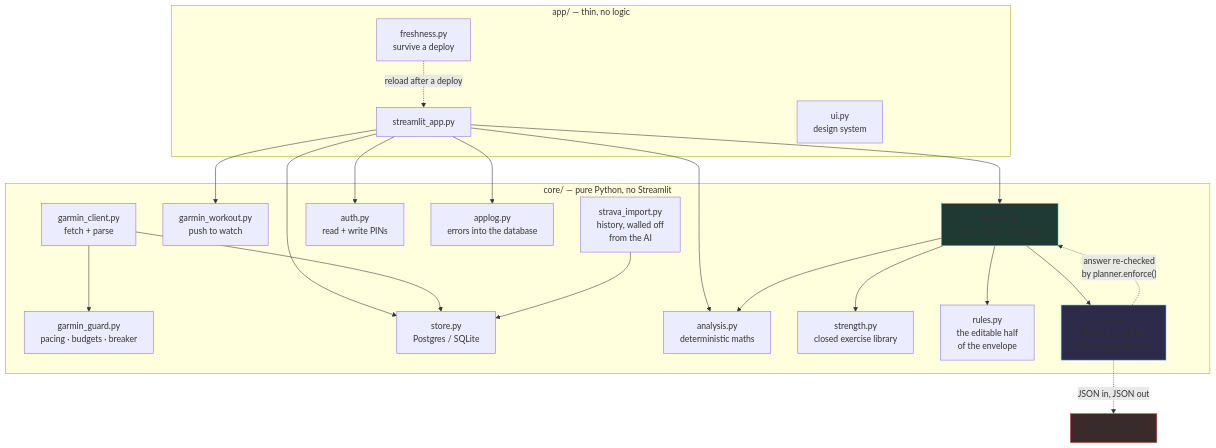
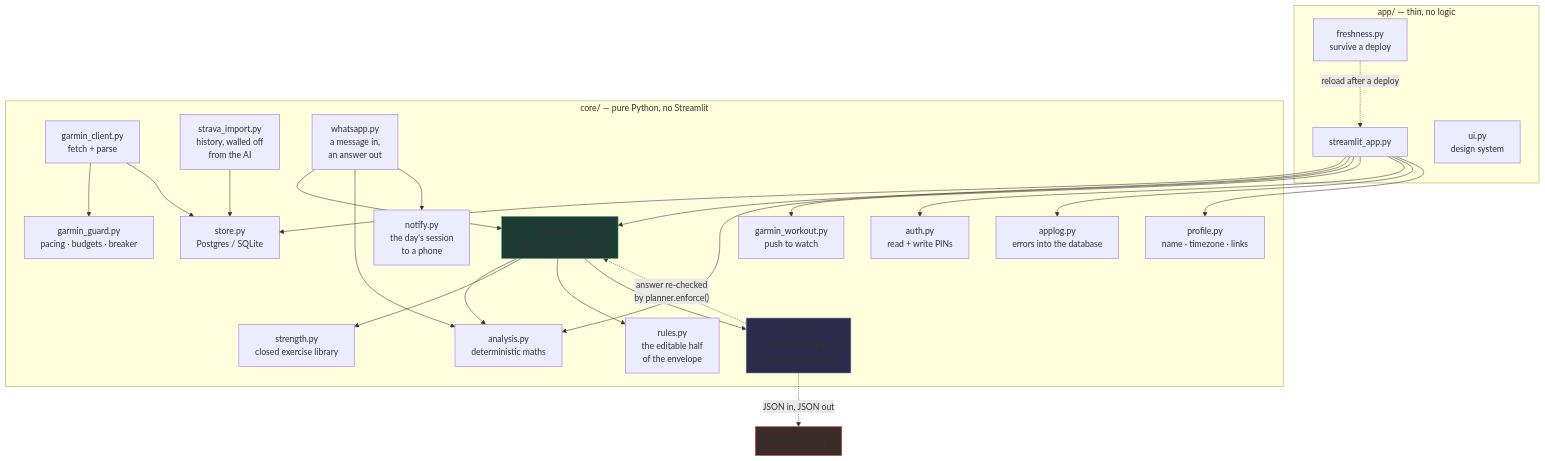
The second of 3 diagrams in README.md (AnkitGodle/aerobic-engine), drawn with Mermaid before and after one commit. The commit also changed other lines of this file and 15 other files, not shown here.

````diff
--- a/README.md
+++ b/README.md
@@ -142,41 +142,45 @@
 ```mermaid
 flowchart TD
     subgraph UI["app/ — thin, no logic"]
         SA["streamlit_app.py"]
         UIM["ui.py<br/>design system"]
         FR["freshness.py<br/>survive a deploy"]
     end
 
     subgraph CORE["core/ — pure Python, no Streamlit"]
         GC["garmin_client.py<br/>fetch + parse"]
         GG["garmin_guard.py<br/>pacing · budgets · breaker"]
         GW["garmin_workout.py<br/>push to watch"]
         ST["store.py<br/>Postgres / SQLite"]
         AN["analysis.py<br/>deterministic maths"]
         PL["planner.py<br/>facts + rules + enforce"]
         STR["strength.py<br/>closed exercise library"]
         RU["rules.py<br/>the editable half<br/>of the envelope"]
         AI["ai.py<br/>the only module<br/>that knows an LLM"]
         AU["auth.py<br/>read + write PINs"]
         AL["applog.py<br/>errors into the database"]
         SI["strava_import.py<br/>history, walled off<br/>from the AI"]
+        WA["whatsapp.py<br/>a message in,<br/>an answer out"]
+        NO["notify.py<br/>the day's session<br/>to a phone"]
+        PR["profile.py<br/>name · timezone · links"]
     end
 
     EXT["Gemini / Groq"]
 
-    SA --> ST & AN & PL & GW & AU & AL
+    SA --> ST & AN & PL & GW & AU & AL & PR
+    WA --> PL & AN & NO
     FR -.->|"reload after a deploy"| SA
     GC --> GG
     GC --> ST
     SI --> ST
     PL --> AN
     PL --> STR
     PL --> RU
     PL --> AI
     AI -.->|"JSON in, JSON out"| EXT
     AI -.->|"answer re-checked<br/>by planner.enforce()"| PL
 
     style AI fill:#2d2a4a,stroke:#7FB6DC
     style PL fill:#1e3a32,stroke:#3FB68B
     style EXT fill:#3a2a2a,stroke:#DB5F5A
 ```
````
